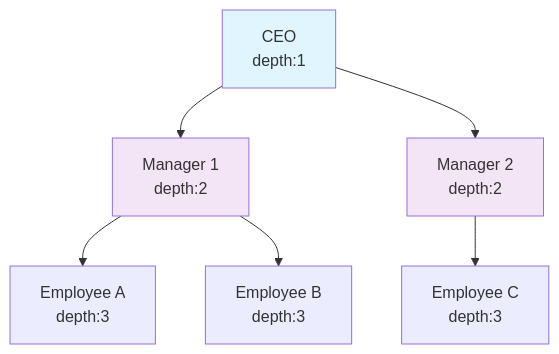
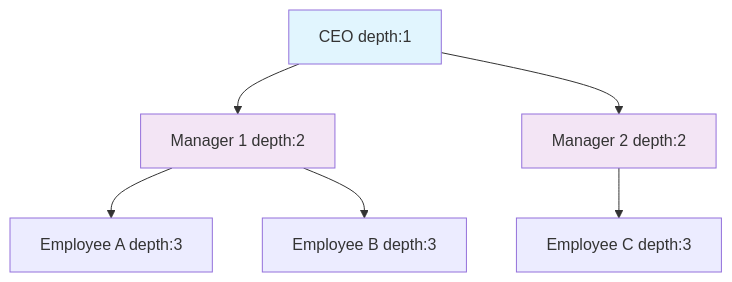
Before and after one commit to basharArif/sql-learning-path: the second of 3 diagrams in advanced/1-recursive-ctes-and-hierarchies.md, drawn with Mermaid. The commit also changed other lines of this file and 12 other files, not shown here.

Commit message:
Fix Mermaid diagrams in remaining files: Replace \n with spaces for proper rendering

````diff
--- a/advanced/1-recursive-ctes-and-hierarchies.md
+++ b/advanced/1-recursive-ctes-and-hierarchies.md
@@ -59,12 +59,12 @@
 ```mermaid
 graph TD
-    CEO[CEO\ndepth:1] --> Mgr1[Manager 1\ndepth:2]
-    CEO --> Mgr2[Manager 2\ndepth:2]
-    Mgr1 --> Emp1[Employee A\ndepth:3]
-    Mgr1 --> Emp2[Employee B\ndepth:3]
-    Mgr2 --> Emp3[Employee C\ndepth:3]
+    CEO[CEO depth:1] --> Mgr1[Manager 1 depth:2]
+    CEO --> Mgr2[Manager 2 depth:2]
+    Mgr1 --> Emp1[Employee A depth:3]
+    Mgr1 --> Emp2[Employee B depth:3]
+    Mgr2 --> Emp3[Employee C depth:3]
     
     style CEO fill:#e1f5fe
     style Mgr1 fill:#f3e5f5
     style Mgr2 fill:#f3e5f5
 ```
````
